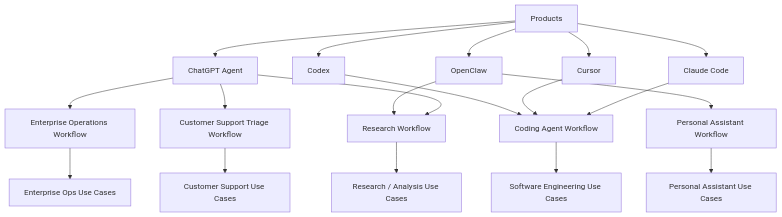
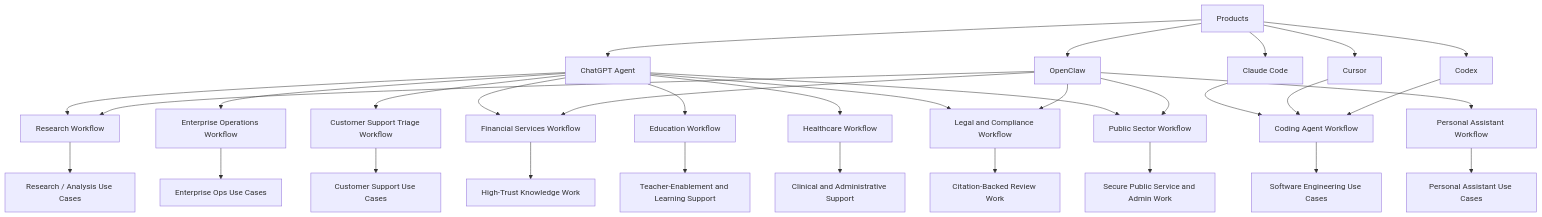
One commit to superliyang/tony-2026 changed the diagram in 01-Areas/AI-Applications/06-Maps/Agent Product and Workflow Map.md. Above: the diagram before and after it, drawn with Mermaid. The commit also changed other lines of this file and 8 other files, not shown here.

Commit message:
Add high-trust agent workflows

````diff
--- a/01-Areas/AI-Applications/06-Maps/Agent Product and Workflow Map.md
+++ b/01-Areas/AI-Applications/06-Maps/Agent Product and Workflow Map.md
@@ -14,25 +14,38 @@
 ```mermaid
 graph TD
     A["Products"] --> B["ChatGPT Agent"]
     A --> C["Claude Code"]
     A --> D["Cursor"]
     A --> E["Codex"]
     A --> F["OpenClaw"]
 
     B --> W1["Research Workflow"]
     B --> W3["Enterprise Operations Workflow"]
     B --> W5["Customer Support Triage Workflow"]
+    B --> W6["Financial Services Workflow"]
+    B --> W7["Education Workflow"]
+    B --> W8["Healthcare Workflow"]
+    B --> W9["Legal and Compliance Workflow"]
+    B --> W10["Public Sector Workflow"]
 
     C --> W2["Coding Agent Workflow"]
     D --> W2
     E --> W2
 
     F --> W1
     F --> W4["Personal Assistant Workflow"]
+    F --> W6
+    F --> W9
+    F --> W10
 
     W1 --> G["Research / Analysis Use Cases"]
     W2 --> H["Software Engineering Use Cases"]
     W3 --> I["Enterprise Ops Use Cases"]
     W4 --> J["Personal Assistant Use Cases"]
     W5 --> K["Customer Support Use Cases"]
+    W6 --> L["High-Trust Knowledge Work"]
+    W7 --> M["Teacher-Enablement and Learning Support"]
+    W8 --> N["Clinical and Administrative Support"]
+    W9 --> O["Citation-Backed Review Work"]
+    W10 --> P["Secure Public Service and Admin Work"]
 ```
````
